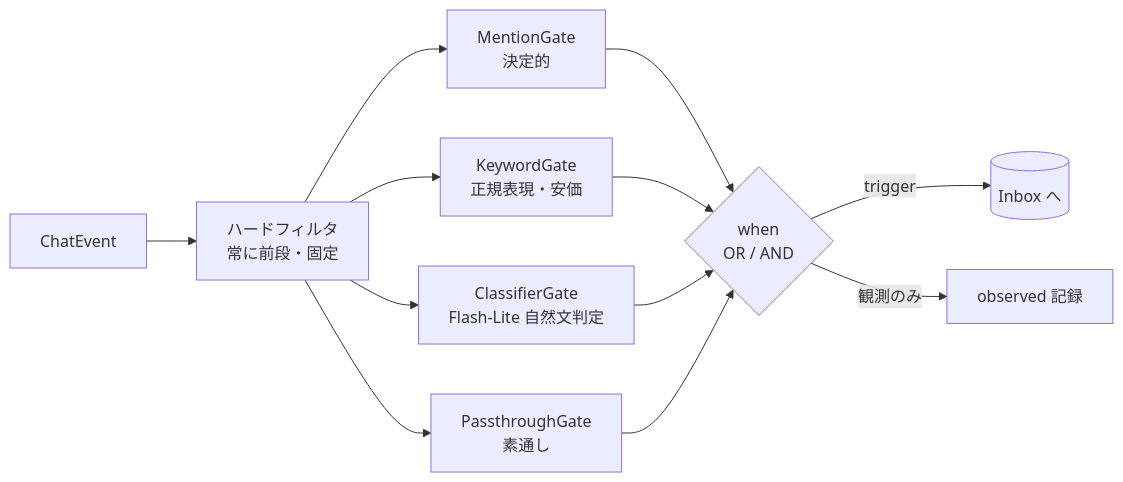
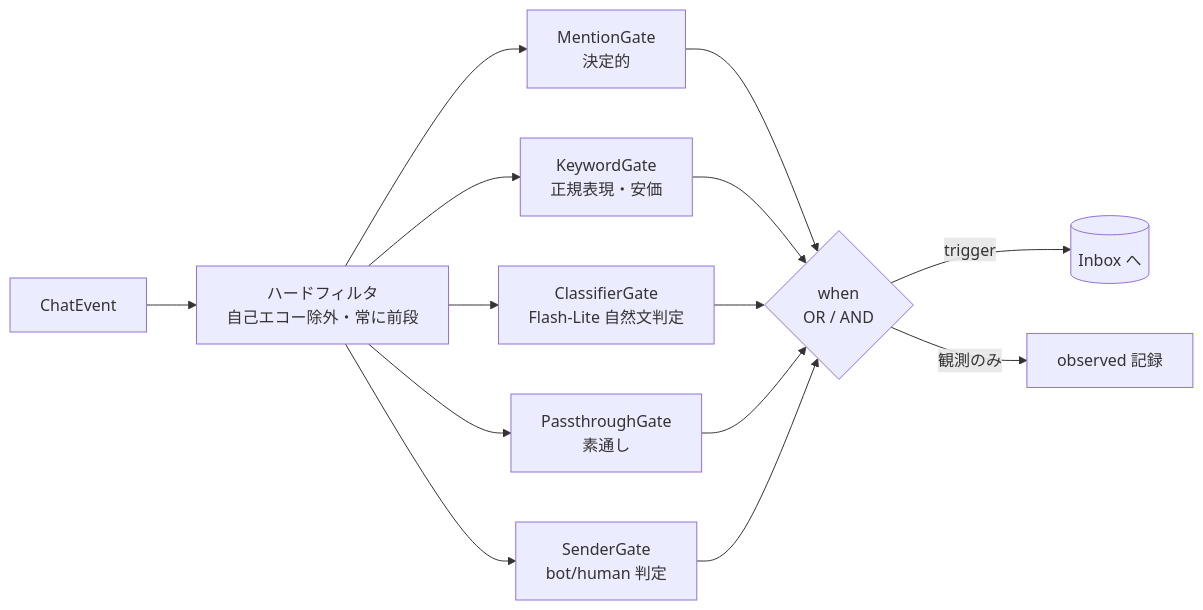
The third of 5 diagrams in docs/design/components.md (pokutuna/pi-chat-runner), drawn with Mermaid before and after one commit. The commit also changed other lines of this file and 27 other files, not shown here.

First line of the commit message:
feat: bot 投稿での gate 起動を opt-in で許可する

````diff
--- a/docs/design/components.md
+++ b/docs/design/components.md
@@ -146,11 +148,12 @@
 ```mermaid
 flowchart LR
-    E[ChatEvent] --> HF[ハードフィルタ<br/>常に前段・固定]
+    E[ChatEvent] --> HF[ハードフィルタ<br/>自己エコー除外・常に前段]
     HF --> M[MentionGate<br/>決定的]
     HF --> K[KeywordGate<br/>正規表現・安価]
     HF --> L[ClassifierGate<br/>Flash-Lite 自然文判定]
     HF --> PS[PassthroughGate<br/>素通し]
-    M & K & L & PS --> D{when<br/>OR / AND}
+    HF --> S[SenderGate<br/>bot/human 判定]
+    M & K & L & PS & S --> D{when<br/>OR / AND}
     D -->|trigger| IB[(Inbox へ)]
     D -->|観測のみ| O[observed 記録]
 ```
````
